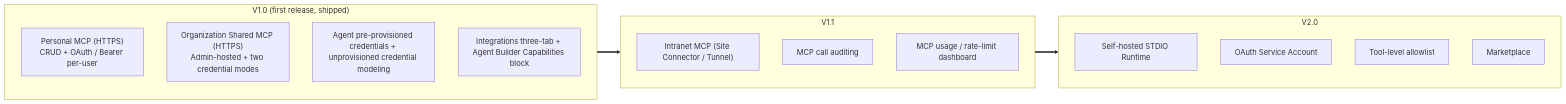
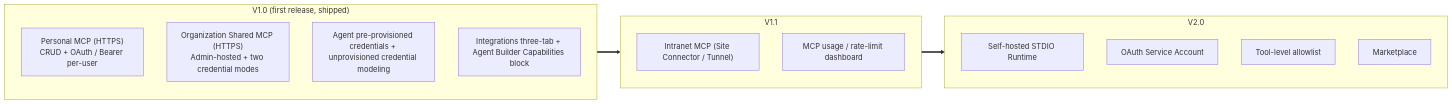
The second of 2 diagrams in dev/prd/mcp-interaction.md (langgenius/mosoo), drawn with Mermaid before and after one commit. The commit also changed other lines of this file and 167 other files, not shown here.

````diff
--- a/dev/prd/mcp-interaction.md
+++ b/dev/prd/mcp-interaction.md
@@ -189,24 +189,23 @@
 ```mermaid
 flowchart LR
   subgraph V1["V1.0 (first release, shipped)"]
     P1["Personal MCP (HTTPS)<br/>CRUD + OAuth / Bearer per-user"]
     O1["Organization Shared MCP (HTTPS)<br/>Admin-hosted + two credential modes"]
     AG["Agent pre-provisioned credentials + unprovisioned credential modeling"]
     UI["Integrations three-tab + Agent Builder Capabilities block"]
   end
 
   subgraph V11["V1.1"]
     Site["Intranet MCP (Site Connector / Tunnel)"]
-    Audit["MCP call auditing"]
     Limit["MCP usage / rate-limit dashboard"]
   end
 
   subgraph V2["V2.0"]
     Stdio["Self-hosted STDIO Runtime"]
     OauthSA["OAuth Service Account"]
     Tool["Tool-level allowlist"]
     Market["Marketplace"]
   end
 
   V1 ==> V11 ==> V2
 ```
````
